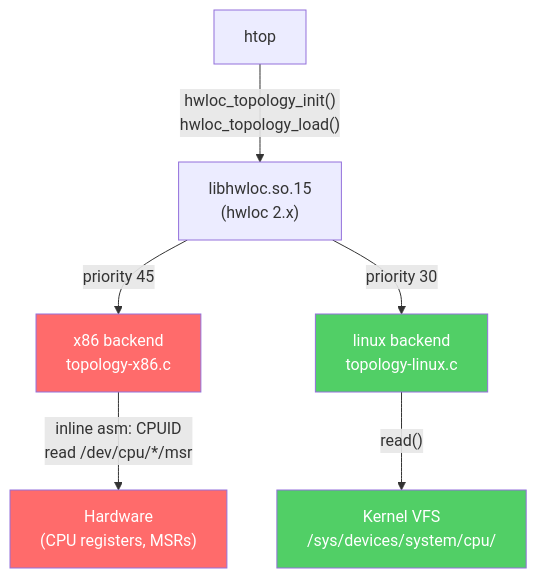
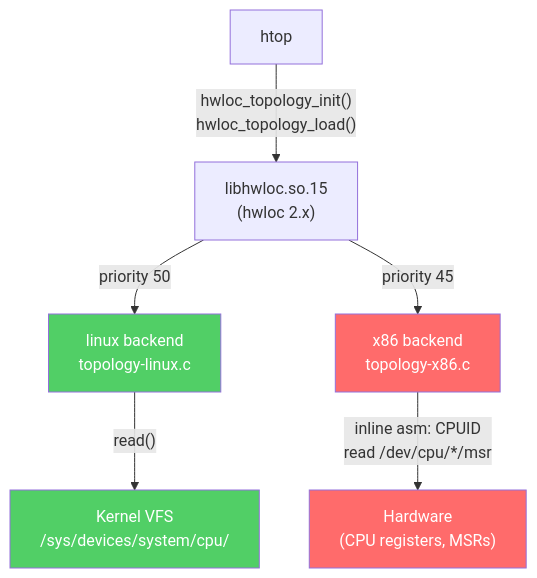
The first of 3 diagrams in Orderbook/htop_hwloc_redlineRRM_story.md (graycoldknight/LLTI), drawn with Mermaid before and after one commit. The commit also changed other lines of this file, not shown here.

Commit message:
changed crash to hang, fixed priority

````diff
--- a/Orderbook/htop_hwloc_redlineRRM_story.md
+++ b/Orderbook/htop_hwloc_redlineRRM_story.md
@@ -22,12 +22,12 @@
 ```mermaid
 graph TD
     A[htop] -->|"hwloc_topology_init()<br>hwloc_topology_load()"| B["libhwloc.so.15<br>(hwloc 2.x)"]
+    B -->|"priority 50"| D["linux backend<br>topology-linux.c"]
     B -->|"priority 45"| C["x86 backend<br>topology-x86.c"]
-    B -->|"priority 30"| D["linux backend<br>topology-linux.c"]
     C -->|"inline asm: CPUID<br>read /dev/cpu/*/msr"| E["Hardware<br>(CPU registers, MSRs)"]
     D -->|"read()"| F["Kernel VFS<br>/sys/devices/system/cpu/"]
     style C fill:#ff6b6b,color:#fff
     style D fill:#51cf66,color:#fff
     style E fill:#ff6b6b,color:#fff
     style F fill:#51cf66,color:#fff
 ```
````
